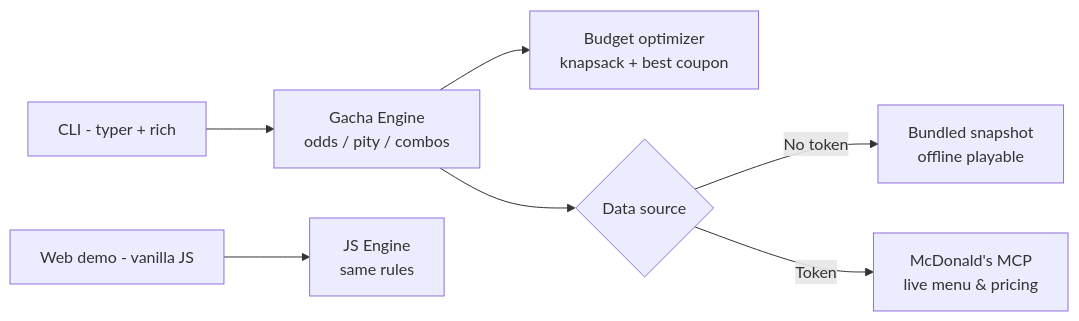
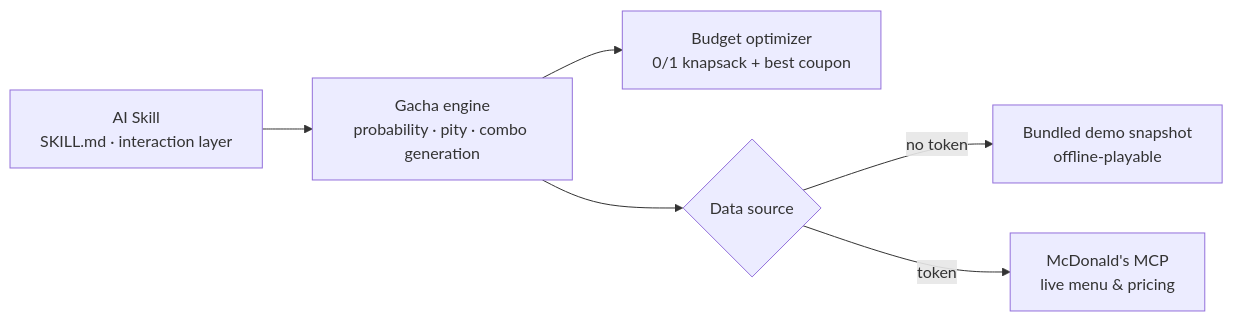
Before and after one commit to pzweuj/MCD-Gacha: the diagram in README_EN.md, drawn with Mermaid. The commit also changed other lines of this file and 22 other files, not shown here.

First line of the commit message:
refactor: 收敛为纯 Skill 单形态，删除网页 demo 与 CLI 产品化定位

````diff
--- a/README_EN.md
+++ b/README_EN.md
@@ -169,9 +243,8 @@
 ```mermaid
 flowchart LR
-    CLI[CLI - typer + rich] --> Engine[Gacha Engine<br/>odds / pity / combos]
-    Web[Web demo - vanilla JS] --> EngineJS[JS Engine<br/>same rules]
-    Engine --> Opt[Budget optimizer<br/>knapsack + best coupon]
+    Skill[AI Skill<br/>SKILL.md · interaction layer] --> Engine[Gacha engine<br/>probability · pity · combo generation]
+    Engine --> Optimizer[Budget optimizer<br/>0/1 knapsack + best coupon]
     Engine --> DS{Data source}
-    DS -->|No token| Mock[Bundled snapshot<br/>offline playable]
-    DS -->|Token| MCP[McDonald's MCP<br/>live menu & pricing]
+    DS -->|no token| Mock[Bundled demo snapshot<br/>offline-playable]
+    DS -->|token| MCP[McDonald's MCP<br/>live menu & pricing]
 ```
````
